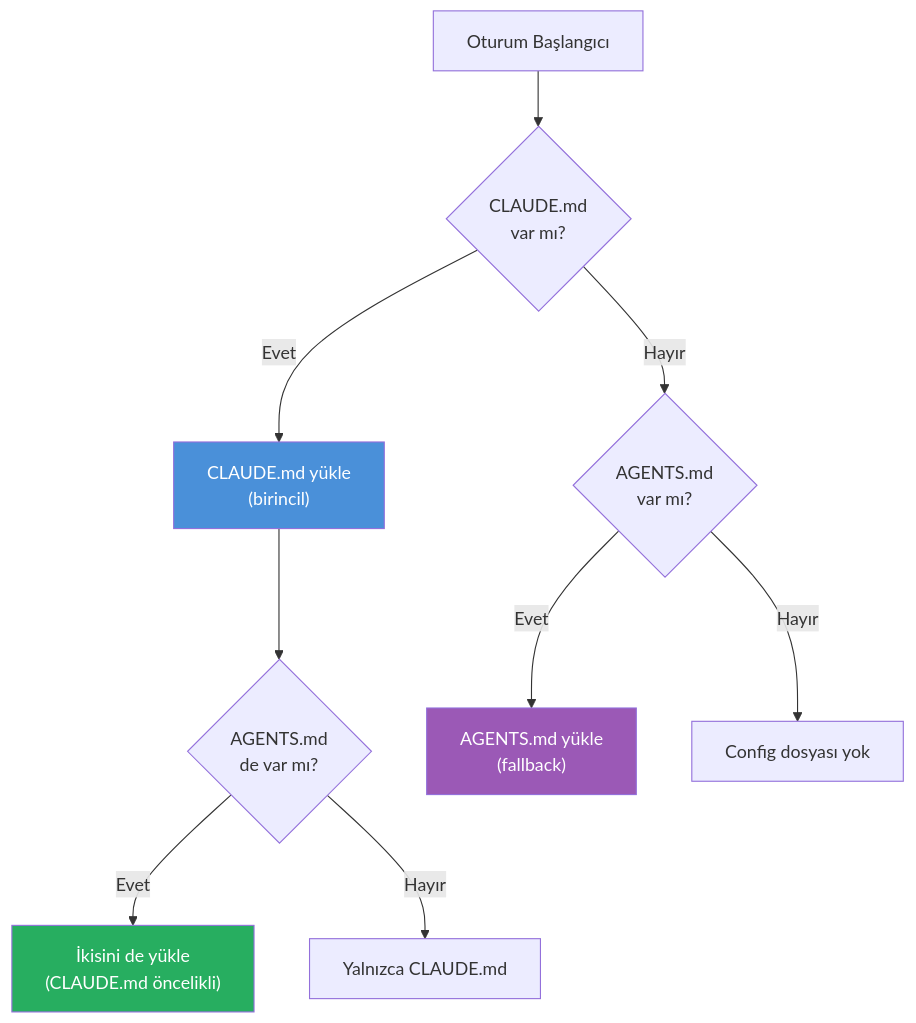
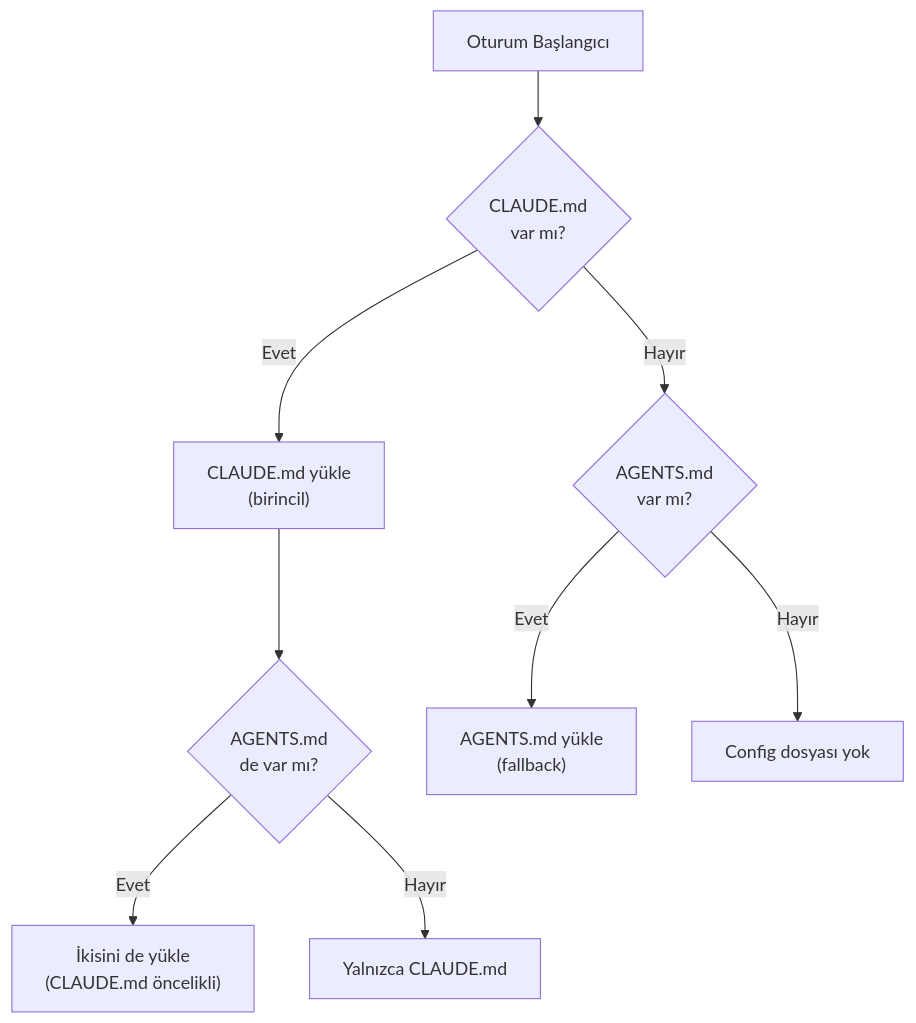
One commit to IzzetYasinAtes/ClaudeCodeHandbook changed the second of 5 diagrams in 09-bellek-ve-baglam/02-agents-md-ve-diger-config.md. Above: the diagram before and after it, drawn with Mermaid. The commit also changed other lines of this file and 97 other files, not shown here.

Commit message:
Remove all custom Mermaid style/fill colors from 98 markdown files for consistent dark theme rendering

````diff
--- a/09-bellek-ve-baglam/02-agents-md-ve-diger-config.md
+++ b/09-bellek-ve-baglam/02-agents-md-ve-diger-config.md
@@ -48,17 +46,14 @@
 ```mermaid
 flowchart TD
     START["Oturum Başlangıcı"] --> CHECK_CLAUDE{"CLAUDE.md<br/>var mı?"}
     CHECK_CLAUDE -->|"Evet"| LOAD_CLAUDE["CLAUDE.md yükle<br/>(birincil)"]
     CHECK_CLAUDE -->|"Hayır"| CHECK_AGENTS{"AGENTS.md<br/>var mı?"}
 
     LOAD_CLAUDE --> CHECK_AGENTS2{"AGENTS.md<br/>de var mı?"}
     CHECK_AGENTS2 -->|"Evet"| LOAD_BOTH["İkisini de yükle<br/>(CLAUDE.md öncelikli)"]
     CHECK_AGENTS2 -->|"Hayır"| ONLY_CLAUDE["Yalnızca CLAUDE.md"]
 
     CHECK_AGENTS -->|"Evet"| LOAD_AGENTS["AGENTS.md yükle<br/>(fallback)"]
     CHECK_AGENTS -->|"Hayır"| NO_CONFIG["Config dosyası yok"]
 
-    style LOAD_CLAUDE fill:#4A90D9,color:#fff
-    style LOAD_AGENTS fill:#9B59B6,color:#fff
-    style LOAD_BOTH fill:#27AE60,color:#fff
 ```
````
